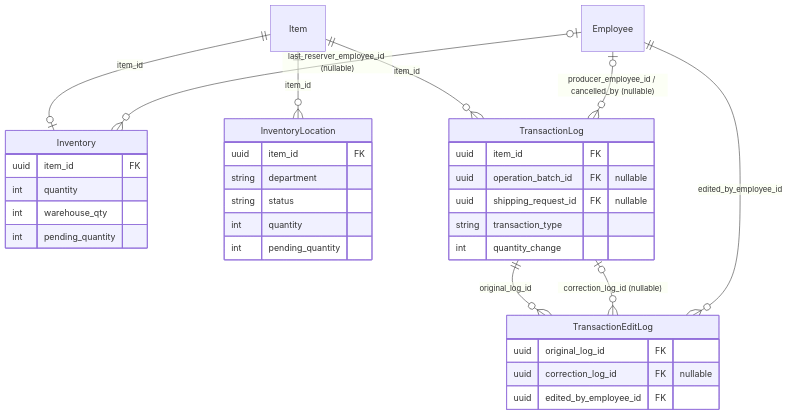
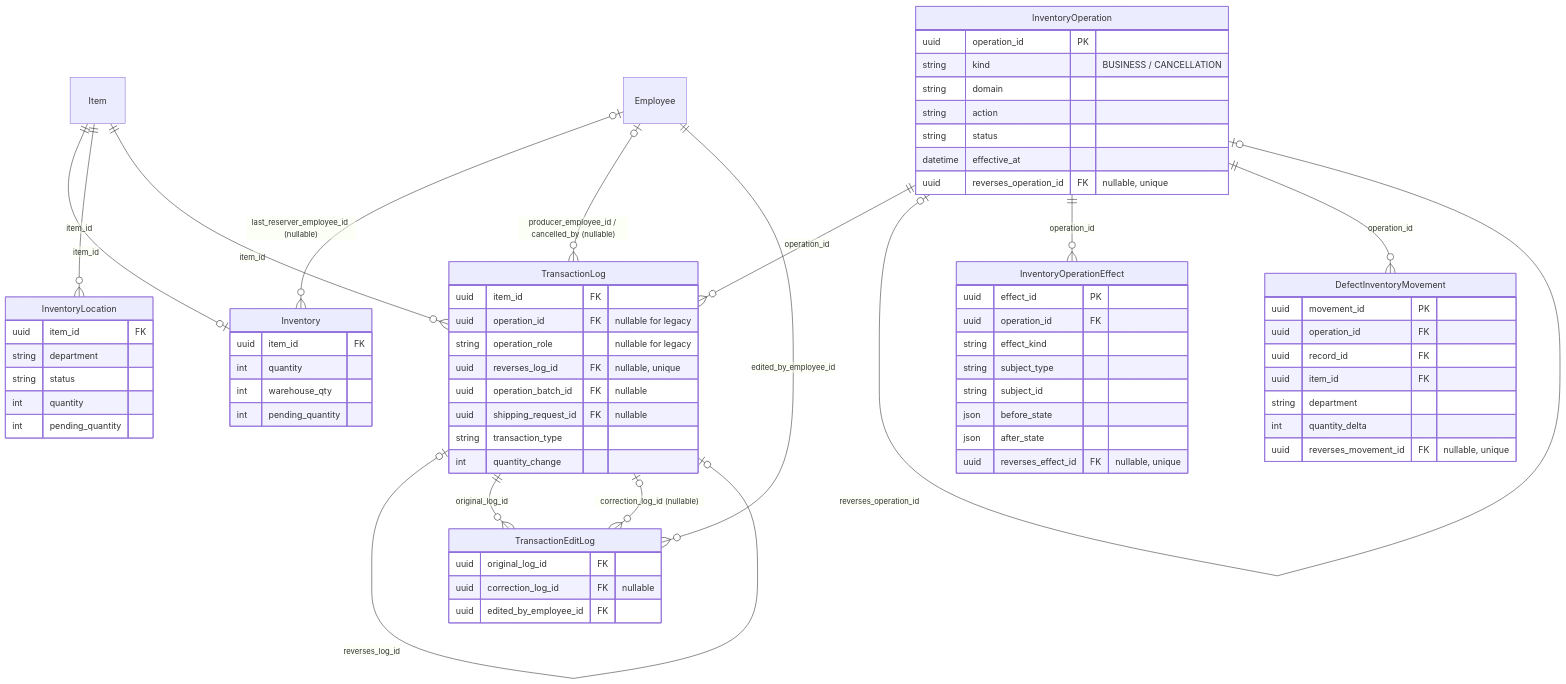
Before and after one commit to Hw-03/ERP: the third of 7 diagrams in _attic/docs/ERD.md, drawn with Mermaid. The commit also changed other lines of this file and 3 other files, not shown here.

````diff
--- a/_attic/docs/ERD.md
+++ b/_attic/docs/ERD.md
@@ -117,37 +117,73 @@
 ```mermaid
 erDiagram
     Item ||--o| Inventory : "item_id"
     Employee o|--o{ Inventory : "last_reserver_employee_id (nullable)"
     Item ||--o{ InventoryLocation : "item_id"
     Item ||--o{ TransactionLog : "item_id"
+    InventoryOperation ||--o{ TransactionLog : "operation_id"
+    InventoryOperation o|--o| InventoryOperation : "reverses_operation_id"
+    InventoryOperation ||--o{ InventoryOperationEffect : "operation_id"
+    InventoryOperation ||--o{ DefectInventoryMovement : "operation_id"
     Employee o|--o{ TransactionLog : "producer_employee_id / cancelled_by (nullable)"
+    TransactionLog o|--o| TransactionLog : "reverses_log_id"
     TransactionLog ||--o{ TransactionEditLog : "original_log_id"
     TransactionLog o|--o{ TransactionEditLog : "correction_log_id (nullable)"
     Employee ||--o{ TransactionEditLog : "edited_by_employee_id"
 
     Inventory {
         uuid item_id FK
         int quantity
         int warehouse_qty
         int pending_quantity
     }
     InventoryLocation {
         uuid item_id FK
         string department
         string status
         int quantity
         int pending_quantity
     }
     TransactionLog {
         uuid item_id FK
+        uuid operation_id FK "nullable for legacy"
+        string operation_role "nullable for legacy"
+        uuid reverses_log_id FK "nullable, unique"
         uuid operation_batch_id FK "nullable"
         uuid shipping_request_id FK "nullable"
         string transaction_type
         int quantity_change
+    }
+    InventoryOperation {
+        uuid operation_id PK
+        string kind "BUSINESS / CANCELLATION"
+        string domain
+        string action
+        string status
+        datetime effective_at
+        uuid reverses_operation_id FK "nullable, unique"
+    }
+    InventoryOperationEffect {
+        uuid effect_id PK
+        uuid operation_id FK
+        string effect_kind
+        string subject_type
+        string subject_id
+        json before_state
+        json after_state
+        uuid reverses_effect_id FK "nullable, unique"
+    }
+    DefectInventoryMovement {
+        uuid movement_id PK
+        uuid operation_id FK
+        uuid record_id FK
+        uuid item_id FK
+        string department
+        int quantity_delta
+        uuid reverses_movement_id FK "nullable, unique"
     }
     TransactionEditLog {
         uuid original_log_id FK
         uuid correction_log_id FK "nullable"
         uuid edited_by_employee_id FK
     }
 ```
````
